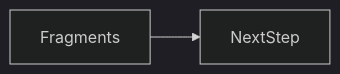
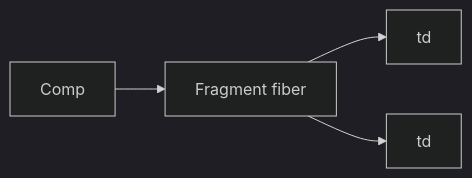
The second of 2 diagrams in docs/en/08-jsx-and-react-runtime/fragments/index.md (OmidJavaherii/Frontend-Engineering-Handbook), drawn with Mermaid (dark theme) before and after one commit. The commit also changed other lines of this file and 461 other files, not shown here.

````diff
--- a/docs/en/08-jsx-and-react-runtime/fragments/index.md
+++ b/docs/en/08-jsx-and-react-runtime/fragments/index.md
@@ -94,4 +131,6 @@
 ```mermaid
 flowchart LR
-  concept[Fragments] --> nextStep[NextStep]
+  Comp --> Frag[Fragment fiber]
+  Frag --> Host1[td]
+  Frag --> Host2[td]
 ```
````
